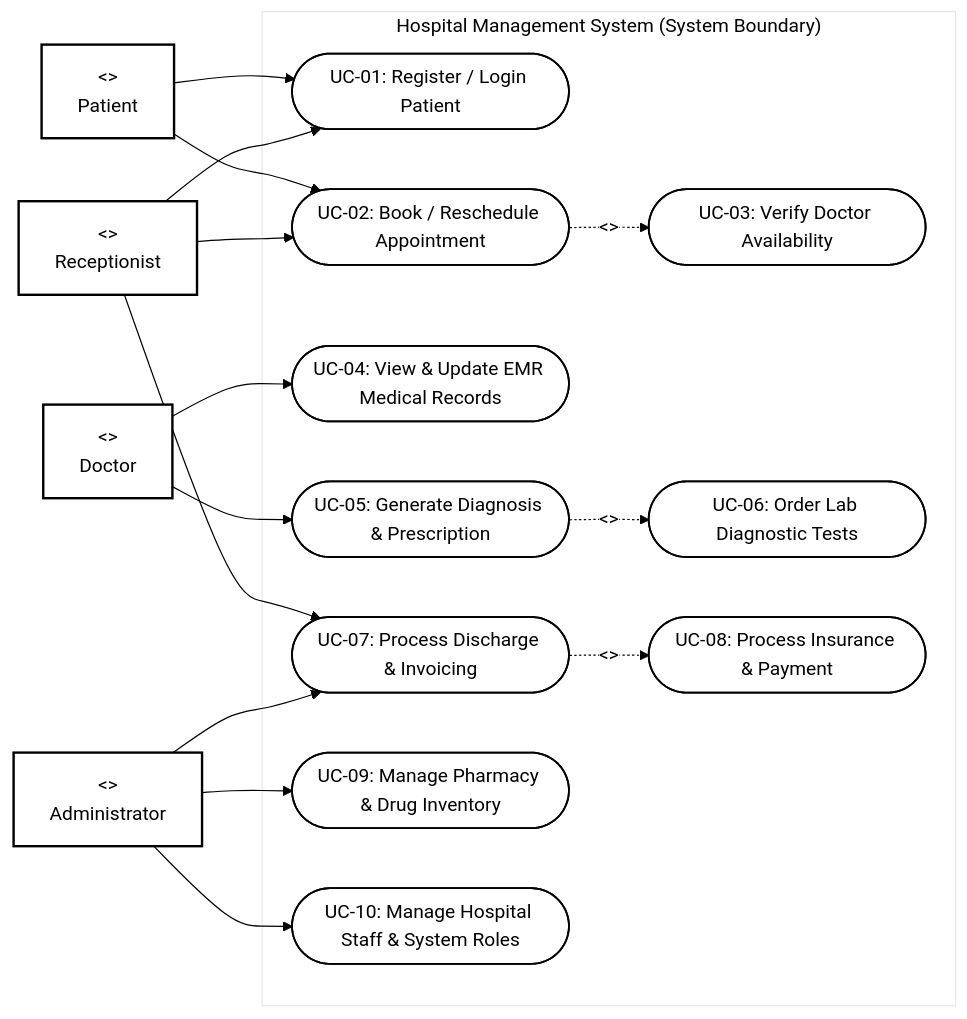
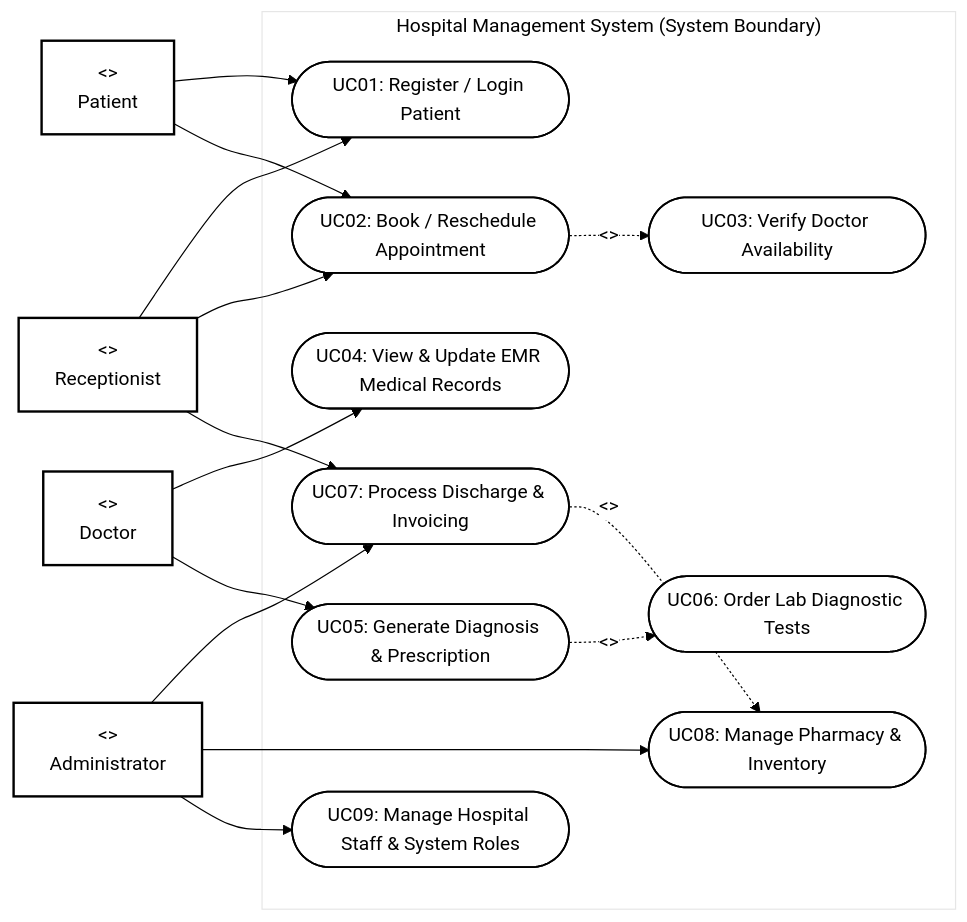
One commit to tiwaritanay01/AISC_CLI changed the first of 4 diagrams in SE/hospital/README.md. Above: the diagram before and after it, drawn with Mermaid. The commit also changed other lines of this file and 265 other files, not shown here.

Commit message:
Add all 25 Software Engineering case studies with 100 UML and DFD Mermaid.js diagrams

````diff
--- a/SE/hospital/README.md
+++ b/SE/hospital/README.md
@@ -9,42 +9,41 @@
 ```mermaid
 %%{init: {'theme': 'base', 'themeVariables': {'primaryColor': '#ffffff', 'primaryTextColor': '#000000', 'primaryBorderColor': '#000000', 'lineColor': '#000000', 'secondaryColor': '#ffffff', 'tertiaryColor': '#ffffff'}}}%%
 flowchart LR
     classDef default fill:#ffffff,stroke:#000000,stroke-width:1.5px,color:#000000;
     classDef actorStyle fill:#ffffff,stroke:#000000,stroke-width:2px,color:#000000,stroke-dasharray: 0;
 
     subgraph SYSTEM ["Hospital Management System (System Boundary)"]
-        UC1([UC-01: Register / Login Patient])
-        UC2([UC-02: Book / Reschedule Appointment])
-        UC3([UC-03: Verify Doctor Availability])
-        UC4([UC-04: View & Update EMR Medical Records])
-        UC5([UC-05: Generate Diagnosis & Prescription])
-        UC6([UC-06: Order Lab Diagnostic Tests])
-        UC7([UC-07: Process Discharge & Invoicing])
-        UC8([UC-08: Process Insurance & Payment])
-        UC9([UC-09: Manage Pharmacy & Drug Inventory])
-        UC10([UC-10: Manage Hospital Staff & System Roles])
+        UC01(["UC01: Register / Login Patient"])
+        UC02(["UC02: Book / Reschedule Appointment"])
+        UC03(["UC03: Verify Doctor Availability"])
+        UC04(["UC04: View & Update EMR Medical Records"])
+        UC05(["UC05: Generate Diagnosis & Prescription"])
+        UC06(["UC06: Order Lab Diagnostic Tests"])
+        UC07(["UC07: Process Discharge & Invoicing"])
+        UC08(["UC08: Manage Pharmacy & Inventory"])
+        UC09(["UC09: Manage Hospital Staff & System Roles"])
     end
 
+    %% Actors
     Patient["<<Actor>>\nPatient"]:::actorStyle
     Receptionist["<<Actor>>\nReceptionist"]:::actorStyle
     Doctor["<<Actor>>\nDoctor"]:::actorStyle
-    Admin["<<Actor>>\nAdministrator"]:::actorStyle
+    Administrator["<<Actor>>\nAdministrator"]:::actorStyle
 
-    Patient --> UC1
-    Patient --> UC2
+    %% Actor to Use Case Associations
+    Patient --> UC01
+    Patient --> UC02
+    Receptionist --> UC01
+    Receptionist --> UC02
+    Receptionist --> UC07
+    Doctor --> UC04
+    Doctor --> UC05
+    Administrator --> UC07
+    Administrator --> UC08
+    Administrator --> UC09
 
-    Receptionist --> UC1
-    Receptionist --> UC2
-    Receptionist --> UC7
-
-    Doctor --> UC4
-    Doctor --> UC5
-
-    Admin --> UC9
-    Admin --> UC10
-    Admin --> UC7
-
-    UC2 -.->|<<include>>| UC3
-    UC5 -.->|<<extend>>| UC6
-    UC7 -.->|<<include>>| UC8
+    %% Include & Extend Relationships
+    UC02 -.->|<<include>>| UC03
+    UC05 -.->|<<extend>>| UC06
+    UC07 -.->|<<include>>| UC08
 ```
````
